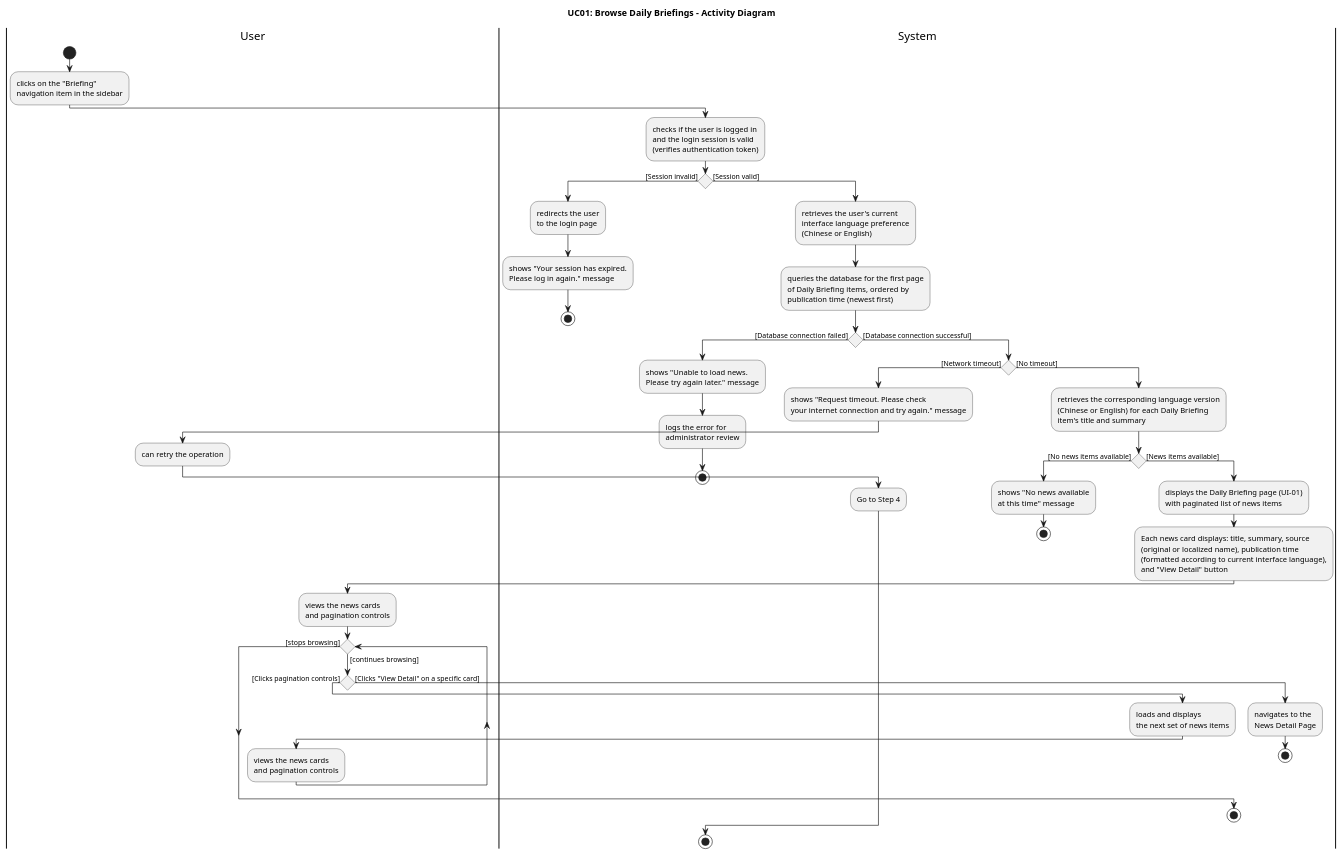
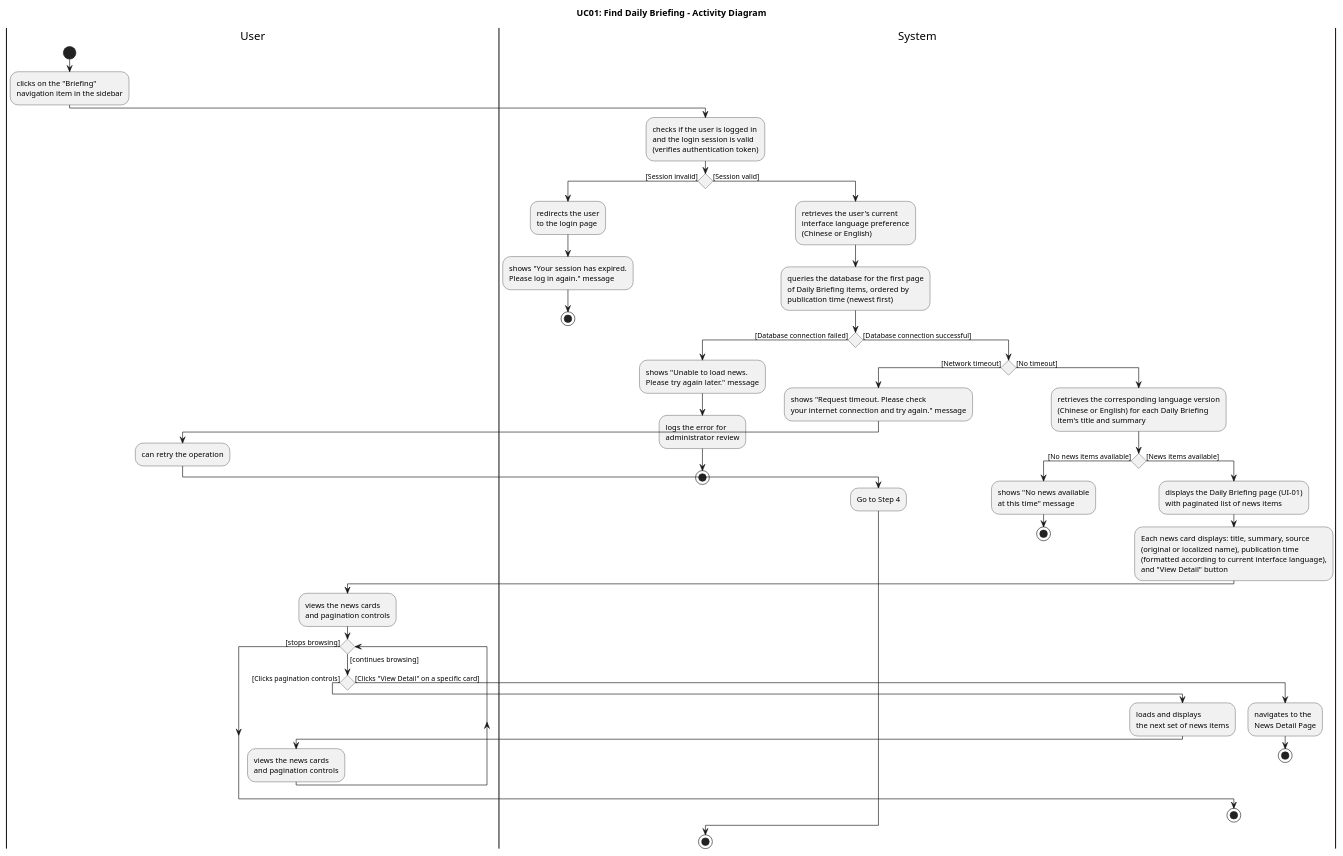
One commit to pzyllll/BridgeU changed the fourth of 27 diagrams in springboot-backend/BridgeU-SRS.md. Above: the diagram before and after it, drawn with PlantUML. The commit also changed other lines of this file and 2 other files, not shown here.

````diff
--- a/springboot-backend/BridgeU-SRS.md
+++ b/springboot-backend/BridgeU-SRS.md
@@ -543,67 +543,67 @@
 ```plantuml
 @startuml UC01_Activity_Diagram
-title UC01: Browse Daily Briefings - Activity Diagram
+title UC01: Find Daily Briefing - Activity Diagram
 
 |User|
 start
 :clicks on the "Briefing"\nnavigation item in the sidebar;
 
 |System|
 :checks if the user is logged in\nand the login session is valid\n(verifies authentication token);
 
 if () then ([Session invalid])
   :redirects the user\nto the login page;
   :shows "Your session has expired.\nPlease log in again." message;
   stop
 else ([Session valid])
   :retrieves the user's current\ninterface language preference\n(Chinese or English);
   
   :queries the database for the first page\nof Daily Briefing items, ordered by\npublication time (newest first);
   
   if () then ([Database connection failed])
     :shows "Unable to load news.\nPlease try again later." message;
     :logs the error for\nadministrator review;
     stop
   else ([Database connection successful])
     if () then ([Network timeout])
       :shows "Request timeout. Please check\nyour internet connection and try again." message;
       |User|
       :can retry the operation;
       |System|
       :Go to Step 4;
     else ([No timeout])
       :retrieves the corresponding language version\n(Chinese or English) for each Daily Briefing\nitem's title and summary;
       
       if () then ([No news items available])
         :shows "No news available\nat this time" message;
         stop
       else ([News items available])
         :displays the Daily Briefing page (UI-01)\nwith paginated list of news items;
         :Each news card displays: title, summary, source\n(original or localized name), publication time\n(formatted according to current interface language),\nand "View Detail" button;
         
         |User|
         :views the news cards\nand pagination controls;
         
         while () is ([continues browsing])
           if () then ([Clicks pagination controls])
             |System|
             :loads and displays\nthe next set of news items;
             |User|
             :views the news cards\nand pagination controls;
           else ([Clicks "View Detail" on a specific card])
             |System|
             :navigates to the\nNews Detail Page;
             stop
           endif
         endwhile ([stops browsing])
         
         stop
       endif
     endif
   endif
 endif
 
 stop
 
 @enduml
 ```
````
